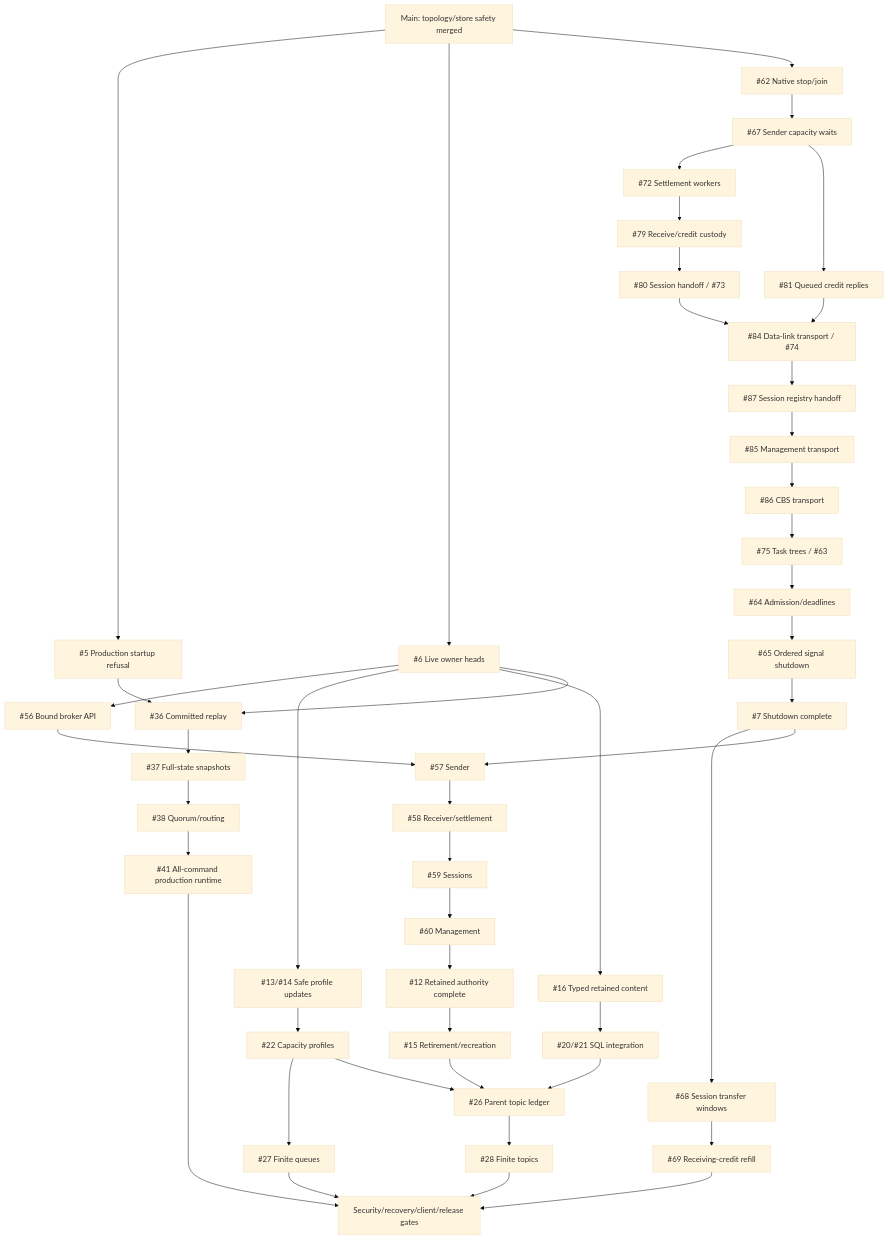
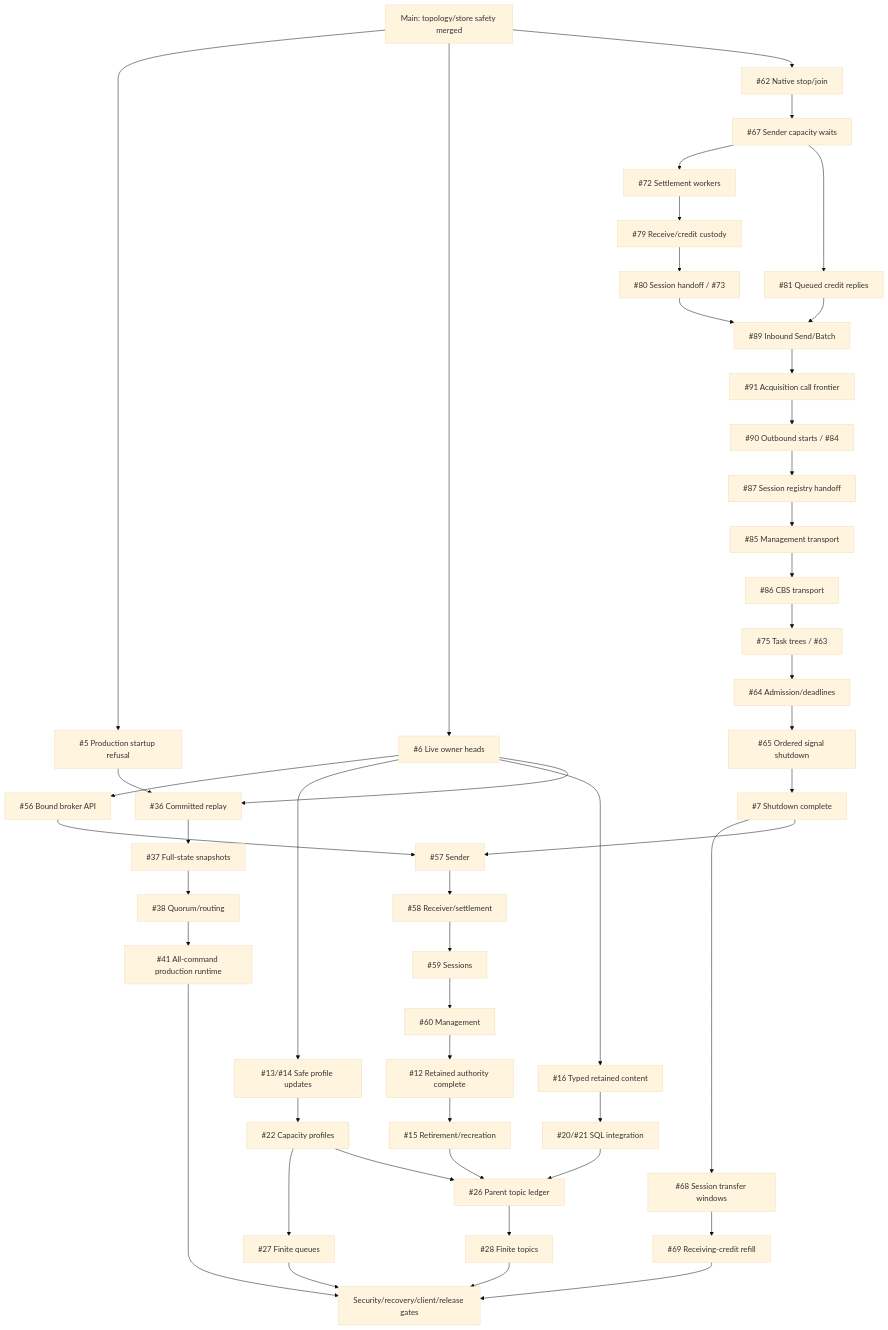
One commit to DeandreT/switchyard changed the diagram in docs/roadmap.md. Above: the diagram before and after it, drawn with Mermaid (base theme). The commit also changed other lines of this file and 7 other files, not shown here.

First line of the commit message:
fix(protocol-amqp): retain inbound send results on retirement

````diff
--- a/docs/roadmap.md
+++ b/docs/roadmap.md
@@ -52,48 +53,50 @@
 ```mermaid
 flowchart TD
     Main["Main: topology/store safety merged"] --> Guard["#5 Production startup refusal"]
     Main --> Owners["#6 Live owner heads"]
     Owners --> Core["#56 Bound broker API"]
     Core --> Sender["#57 Sender"]
     Main --> Native["#62 Native stop/join"]
     Native --> Permits["#67 Sender capacity waits"]
     Permits --> Settlement["#72 Settlement workers"]
     Settlement --> Receive["#79 Receive/credit custody"]
     Receive --> Acquisition["#80 Session handoff / #73"]
     Permits --> CreditReply["#81 Queued credit replies"]
-    CreditReply --> DataTransport
-    Acquisition --> DataTransport["#84 Data-link transport / #74"]
+    CreditReply --> IngressTransport
+    Acquisition --> IngressTransport["#89 Inbound Send/Batch"]
+    IngressTransport --> Invocation["#91 Acquisition call frontier"]
+    Invocation --> DataTransport["#90 Outbound starts / #84"]
     DataTransport --> Registry["#87 Session registry handoff"]
     Registry --> ManagementTransport["#85 Management transport"]
     ManagementTransport --> CbsTransport["#86 CBS transport"]
     CbsTransport --> Protocol["#75 Task trees / #63"]
     Protocol --> Admission["#64 Admission/deadlines"]
     Admission --> Signals["#65 Ordered signal shutdown"]
     Signals --> Shutdown["#7 Shutdown complete"]
     Shutdown --> Windows["#68 Session transfer windows"]
     Windows --> Refill["#69 Receiving-credit refill"]
     Refill --> Gates
     Shutdown --> Sender
     Sender --> Receiver["#58 Receiver/settlement"]
     Receiver --> Sessions["#59 Sessions"]
     Sessions --> Management["#60 Management"]
     Management --> Bindings["#12 Retained authority complete"]
     Bindings --> Delete["#15 Retirement/recreation"]
     Owners --> Profiles["#13/#14 Safe profile updates"]
     Owners --> Content["#16 Typed retained content"]
     Content --> SQL["#20/#21 SQL integration"]
     Profiles --> Modes["#22 Capacity profiles"]
     Modes --> Queue["#27 Finite queues"]
     Modes --> Ledger["#26 Parent topic ledger"]
     SQL --> Ledger
     Delete --> Ledger
     Ledger --> Topic["#28 Finite topics"]
     Guard --> Log["#36 Committed replay"]
     Owners --> Log
     Log --> Snapshot["#37 Full-state snapshots"]
     Snapshot --> Quorum["#38 Quorum/routing"]
     Quorum --> Runtime["#41 All-command production runtime"]
     Runtime --> Gates["Security/recovery/client/release gates"]
     Topic --> Gates
     Queue --> Gates
 ```
````
